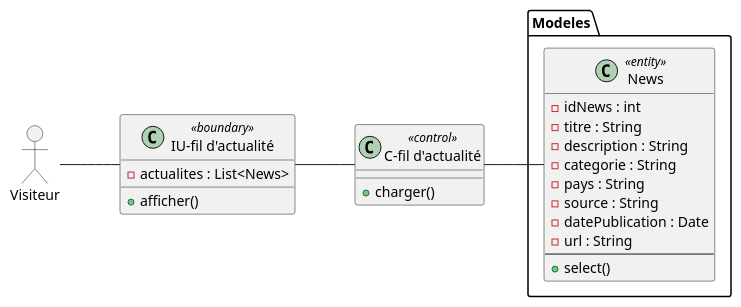
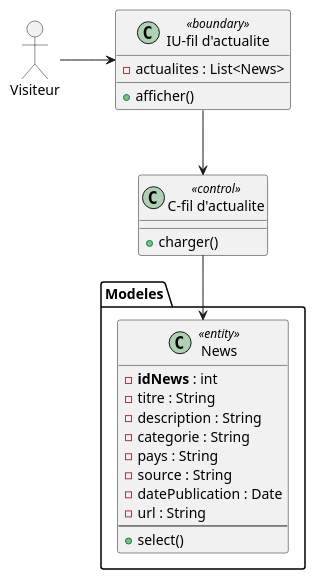
Before and after one commit to benslimenmohamedaziz3-bot/diagrammes: the diagram in Desktop/rapport/classe/consulterfileactualite.puml, drawn with PlantUML. The commit also changed 19 other files, not shown here.

```diff
--- a/Desktop/rapport/classe/consulterfileactualite.puml
+++ b/Desktop/rapport/classe/consulterfileactualite.puml
@@ -1,35 +1,39 @@
 @startuml
 allowmixing
-left to right direction
+top to bottom direction
+skinparam shadowing false
+skinparam linetype ortho
+skinparam nodesep 55
+skinparam ranksep 65
 
 actor "Visiteur" as Visiteur
 
-class "IU-fil d'actualité" as Vue <<boundary>> {
+class "IU-fil d'actualite" as Vue <<boundary>> {
   - actualites : List<News>
   + afficher()
 }
 
-class "C-fil d'actualité" as Controleur <<control>> {
+class "C-fil d'actualite" as Controleur <<control>> {
   + charger()
 }
 
 package "Modeles" {
   class "News" as News <<entity>> {
-    - idNews : int
+    - <b>idNews</b> : int
     - titre : String
     - description : String
     - categorie : String
     - pays : String
     - source : String
     - datePublication : Date
     - url : String
     --
     + select()
   }
 }
 
-Visiteur -- Vue
-Vue -- Controleur
-Controleur -- News
+Visiteur -right-> Vue
+Vue -down-> Controleur
+Controleur -down-> News
 
 @enduml
```
